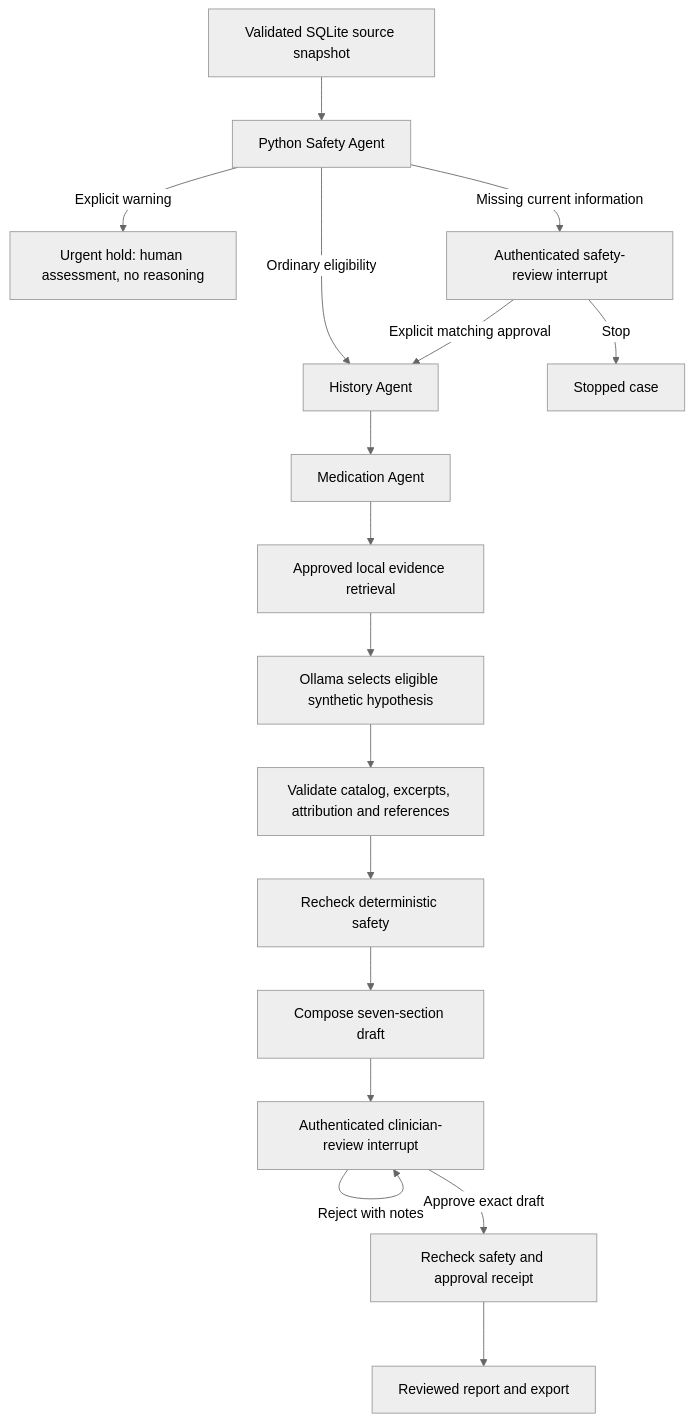
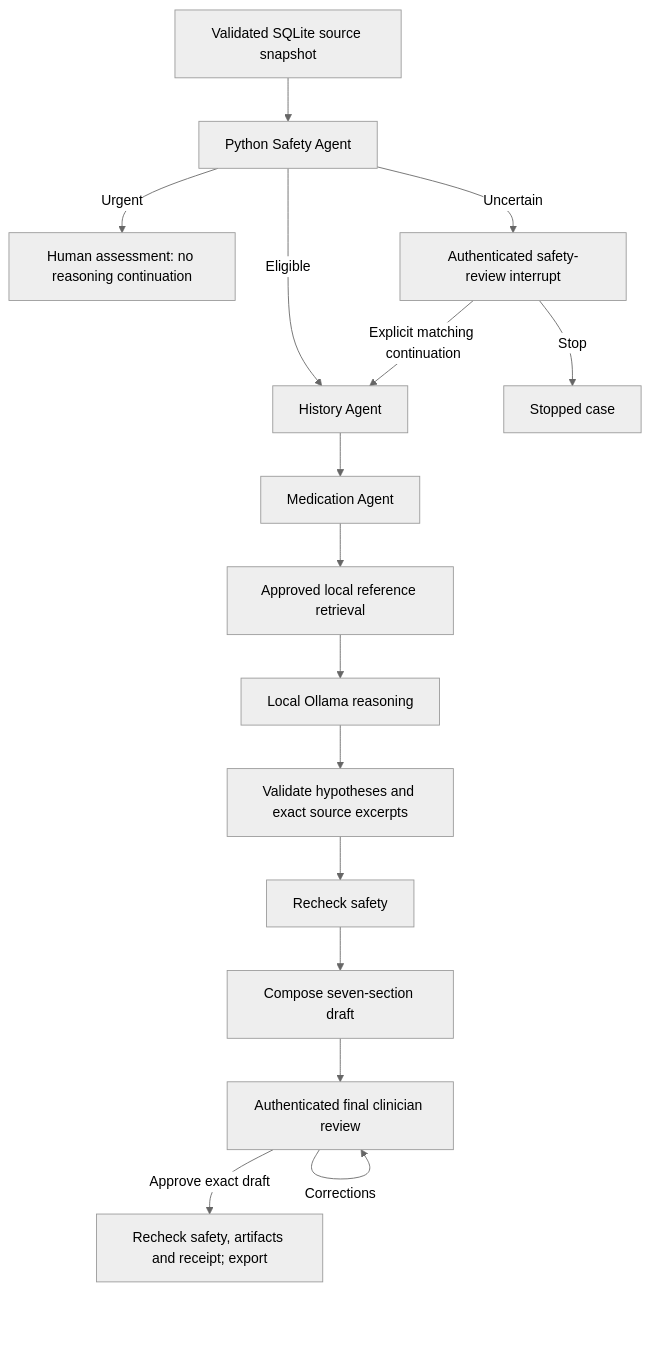
The diagram in docs/ARCHITECTURE.md (LilyC2024/Medical-AI), drawn with Mermaid (neutral theme) before and after one commit. The commit also changed other lines of this file and 35 other files, not shown here.

````diff
--- a/docs/ARCHITECTURE.md
+++ b/docs/ARCHITECTURE.md
@@ -15,19 +11,18 @@
 ```mermaid
 flowchart TD
-    A[Validated SQLite source snapshot] --> S[Python Safety Agent]
-    S -->|Explicit warning| U[Urgent hold: human assessment, no reasoning]
-    S -->|Missing current information| H[Authenticated safety-review interrupt]
-    S -->|Ordinary eligibility| X[History Agent]
-    H -->|Explicit matching approval| X
-    H -->|Stop| Z[Stopped case]
-    X --> M[Medication Agent]
-    M --> E[Approved local evidence retrieval]
-    E --> R[Ollama selects eligible synthetic hypothesis]
-    R --> V[Validate catalog, excerpts, attribution and references]
-    V --> F[Recheck deterministic safety]
+    DB[Validated SQLite source snapshot] --> S[Python Safety Agent]
+    S -->|Urgent| U[Human assessment: no reasoning continuation]
+    S -->|Uncertain| H[Authenticated safety-review interrupt]
+    S -->|Eligible| A[History Agent]
+    H -->|Explicit matching continuation| A
+    H -->|Stop| X[Stopped case]
+    A --> M[Medication Agent]
+    M --> E[Approved local reference retrieval]
+    E --> R[Local Ollama reasoning]
+    R --> V[Validate hypotheses and exact source excerpts]
+    V --> F[Recheck safety]
     F --> D[Compose seven-section draft]
-    D --> C[Authenticated clinician-review interrupt]
-    C -->|Reject with notes| C
-    C -->|Approve exact draft| Q[Recheck safety and approval receipt]
-    Q --> P[Reviewed report and export]
+    D --> C[Authenticated final clinician review]
+    C -->|Corrections| C
+    C -->|Approve exact draft| P[Recheck safety, artifacts and receipt; export]
 ```
````
